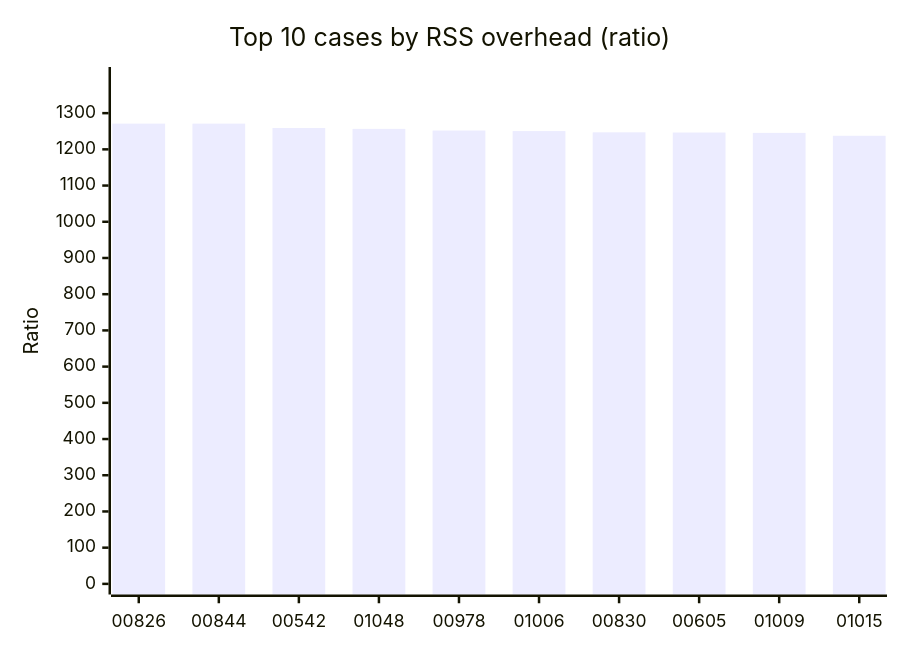
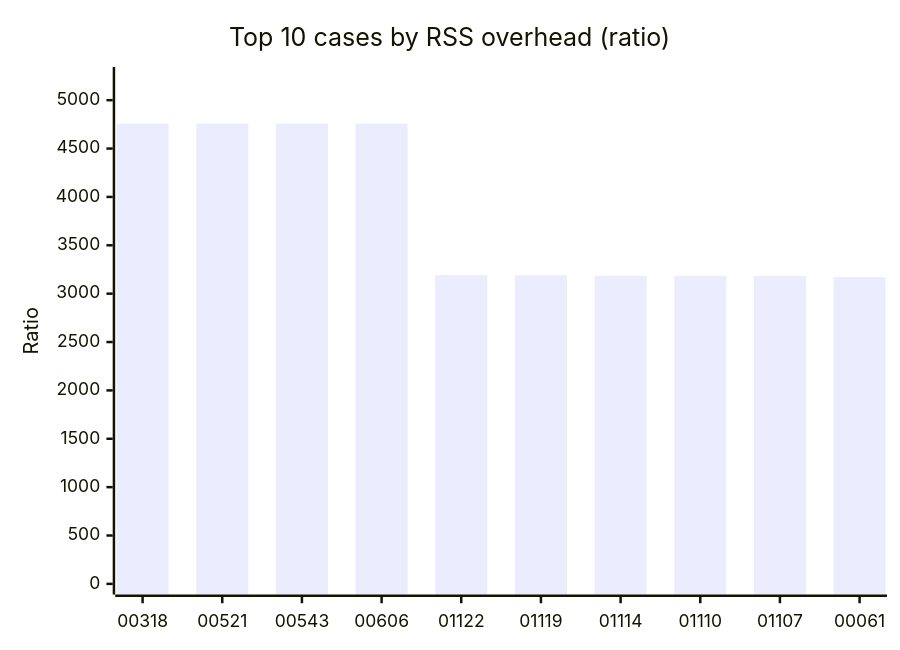
The third of 3 diagrams in README.md (neverhuman/RedlineDB), drawn with Mermaid before and after one commit. The commit also changed other lines of this file, not shown here.

````diff
--- a/README.md
+++ b/README.md
@@ -120,7 +120,7 @@
 ```mermaid
 xychart-beta
     title "Top 10 cases by RSS overhead (ratio)"
-    x-axis ["00826","00844","00542","01048","00978","01006","00830","00605","01009","01015"]
-    y-axis "Ratio" 0 --> 1398.1
-    bar [1271.00,1271.00,1259.00,1256.50,1252.00,1250.50,1247.00,1246.50,1245.50,1237.50]
+    x-axis ["00318","00521","00543","00606","01122","01119","01114","01110","01107","00061"]
+    y-axis "Ratio" 0 --> 5233.2
+    bar [4757.50,4757.50,4757.50,4757.50,3191.33,3189.33,3185.33,3183.67,3182.33,3171.67]
 ```
````
